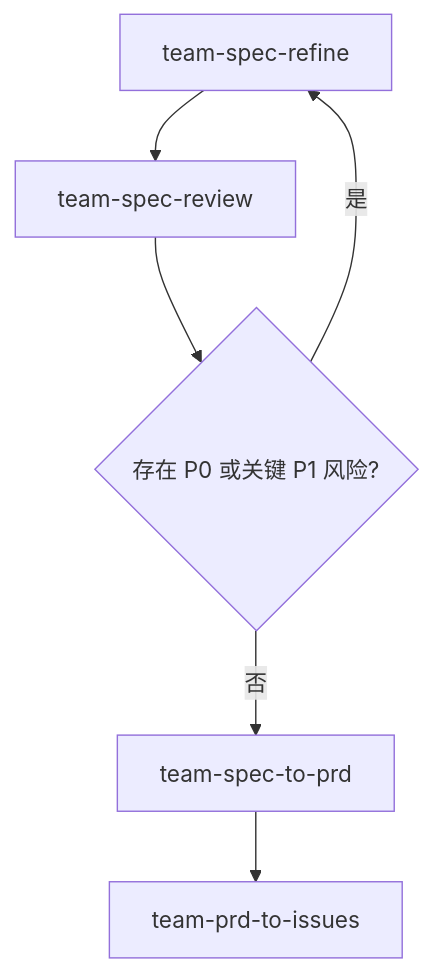
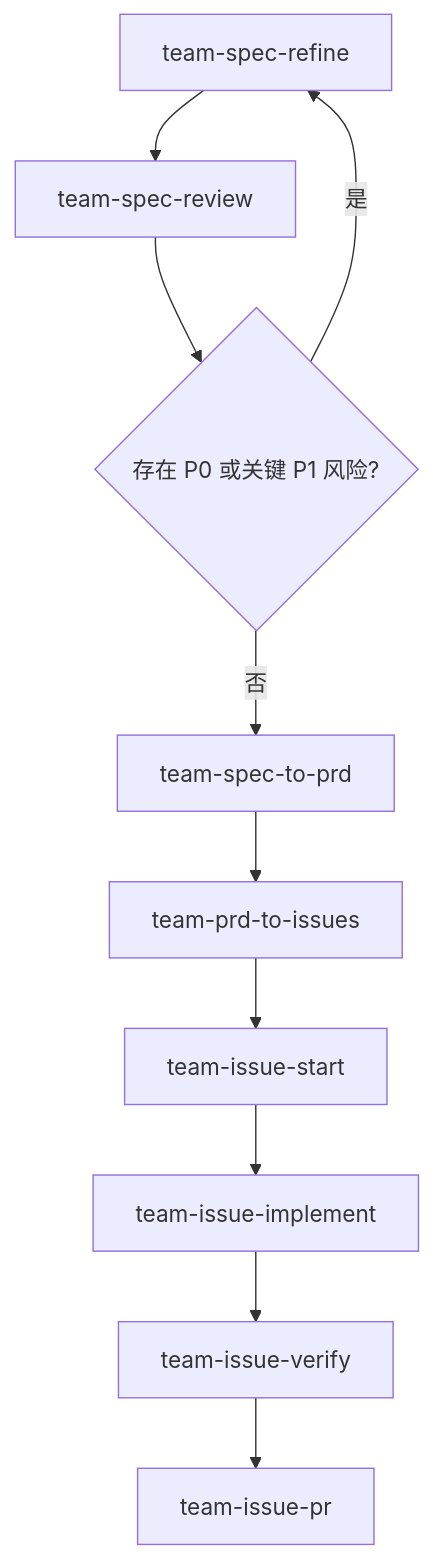
One commit to coolbeevip/team-ai-skills changed the diagram in README.md. Above: the diagram before and after it, drawn with Mermaid. The commit also changed other lines of this file and 6 other files, not shown here.

````diff
--- a/README.md
+++ b/README.md
@@ -17,8 +17,12 @@
 ```mermaid
 flowchart TD
     A[team-spec-refine] --> B[team-spec-review]
     B --> C{存在 P0 或关键 P1 风险?}
     C -- 是 --> A
     C -- 否 --> D[team-spec-to-prd]
     D --> E[team-prd-to-issues]
+    E --> F[team-issue-start]
+    F --> G[team-issue-implement]
+    G --> H[team-issue-verify]
+    H --> I[team-issue-pr]
 ```
````
